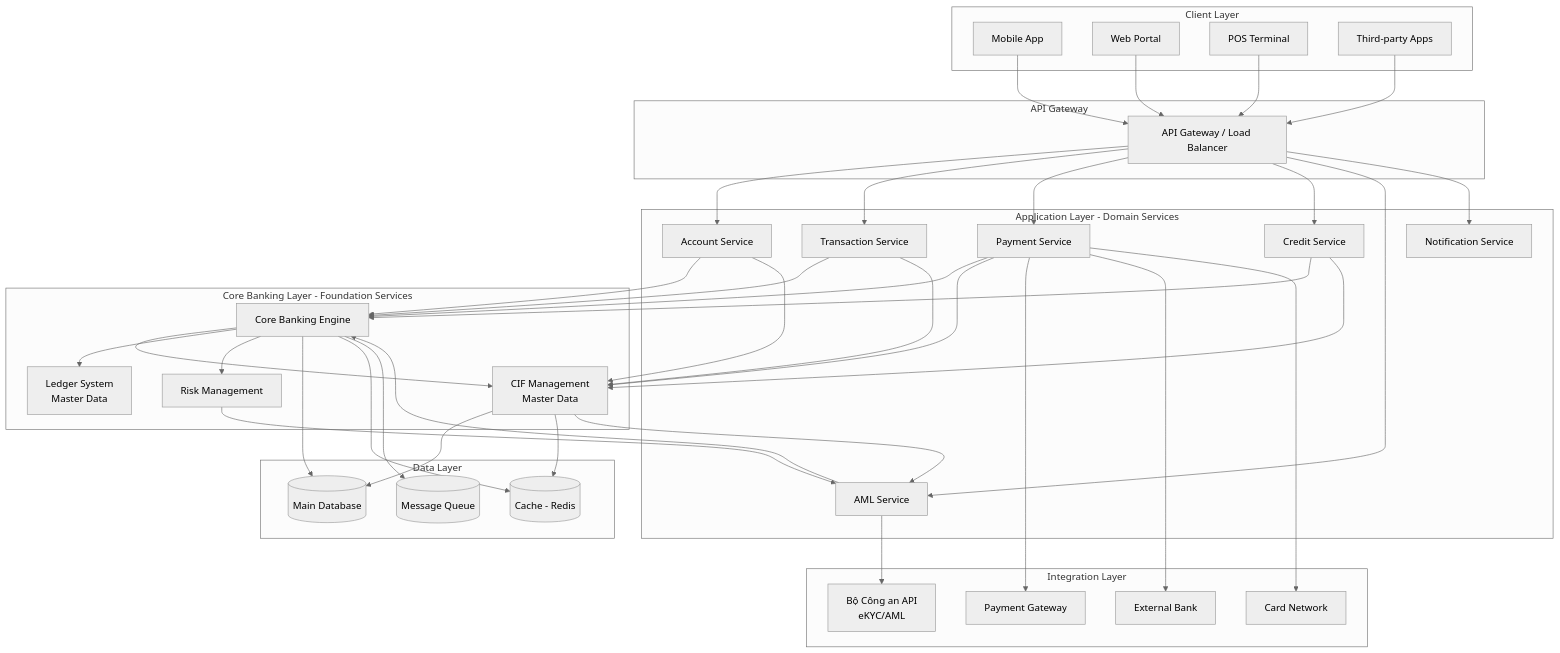
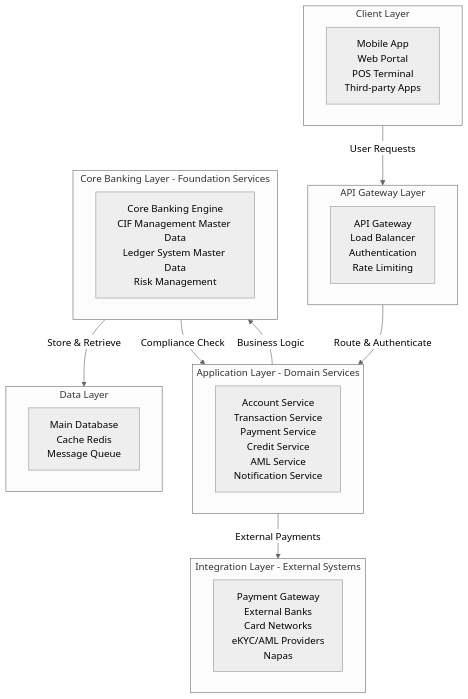
The first of 5 diagrams in docs/cbs-sdk-finance/02-architecture.md (PhuMBT/eWallet_CBS), drawn with Mermaid (neutral theme) before and after one commit.

First paragraph of the commit message:
refactor(architecture): Simplify overall architecture diagram
🎨 DIAGRAM SIMPLIFICATION: Cleaner Layer-based View

````diff
--- a/docs/cbs-sdk-finance/02-architecture.md
+++ b/docs/cbs-sdk-finance/02-architecture.md
@@ -14,82 +14,33 @@
 ```mermaid
 graph TB
-    subgraph "Client Layer"
-        A[Mobile App]
-        B[Web Portal]
-        C[POS Terminal]
-        D[Third-party Apps]
+    subgraph CL["Client Layer"]
+        CL1[Mobile App<br/>Web Portal<br/>POS Terminal<br/>Third-party Apps]
     end
     
-    subgraph "API Gateway"
-        E[API Gateway / Load Balancer]
+    subgraph GW["API Gateway Layer"]
+        GW1[API Gateway<br/>Load Balancer<br/>Authentication<br/>Rate Limiting]
     end
     
-    subgraph "Application Layer - Domain Services"
-        F[Account Service]
-        G[Transaction Service]
-        H[Payment Service]
-        I[Credit Service]
-        I1[AML Service]
-        J1[Notification Service]
+    subgraph APP["Application Layer - Domain Services"]
+        APP1[Account Service<br/>Transaction Service<br/>Payment Service<br/>Credit Service<br/>AML Service<br/>Notification Service]
     end
     
-    subgraph "Core Banking Layer - Foundation Services"
-        K[Core Banking Engine]
-        K1[CIF Management<br/>Master Data]
-        L[Ledger System<br/>Master Data]
-        M[Risk Management]
+    subgraph CORE["Core Banking Layer - Foundation Services"]
+        CORE1[Core Banking Engine<br/>CIF Management Master Data<br/>Ledger System Master Data<br/>Risk Management]
     end
     
-    subgraph "Data Layer"
-        N[(Main Database)]
-        O[(Cache - Redis)]
-        P[(Message Queue)]
+    subgraph DATA["Data Layer"]
+        DATA1[Main Database<br/>Cache Redis<br/>Message Queue]
     end
     
-    subgraph "Integration Layer"
-        Q[Payment Gateway]
-        R[External Bank]
-        S[Card Network]
-        T[Bộ Công an API<br/>eKYC/AML]
+    subgraph INT["Integration Layer - External Systems"]
+        INT1[Payment Gateway<br/>External Banks<br/>Card Networks<br/>eKYC/AML Providers<br/>Napas]
     end
     
-    A --> E
-    B --> E
-    C --> E
-    D --> E
-    E --> F
-    E --> G
-    E --> H
-    E --> I
-    E --> I1
-    E --> J1
-    
-    F --> K
-    G --> K
-    H --> K
-    I --> K
-    I1 --> K
-    
-    F --> K1
-    G --> K1
-    H --> K1
-    I --> K1
-    
-    K --> K1
-    K --> L
-    K --> M
-    K --> N
-    K --> O
-    K --> P
-    
-    K1 --> N
-    K1 --> O
-    K1 --> I1
-    
-    I1 --> T
-    M --> I1
-    
-    H --> Q
-    H --> R
-    H --> S
+    CL -->|User Requests| GW
+    GW -->|Route & Authenticate| APP
+    APP -->|Business Logic| CORE
+    CORE -->|Store & Retrieve| DATA
+    APP -->|External Payments| INT
+    CORE -->|Compliance Check| APP
 ```
````
